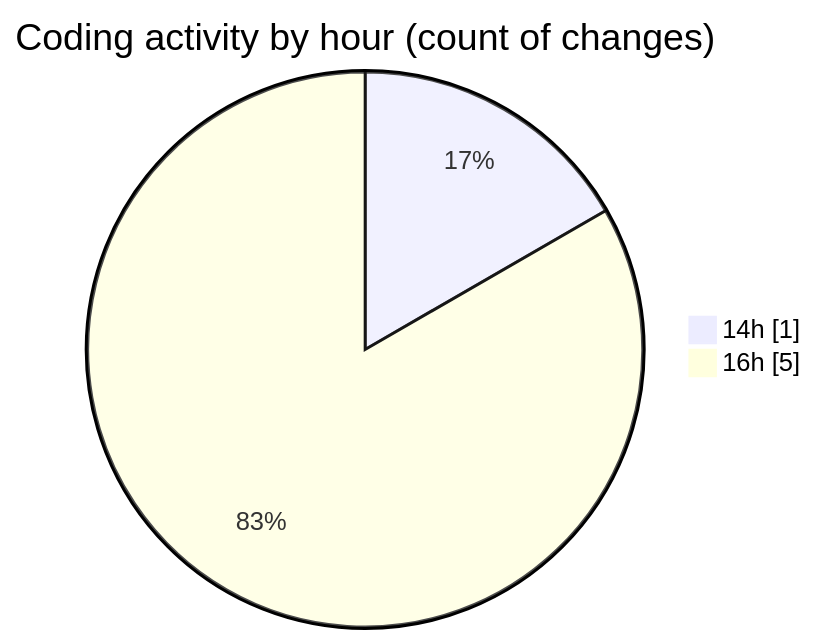
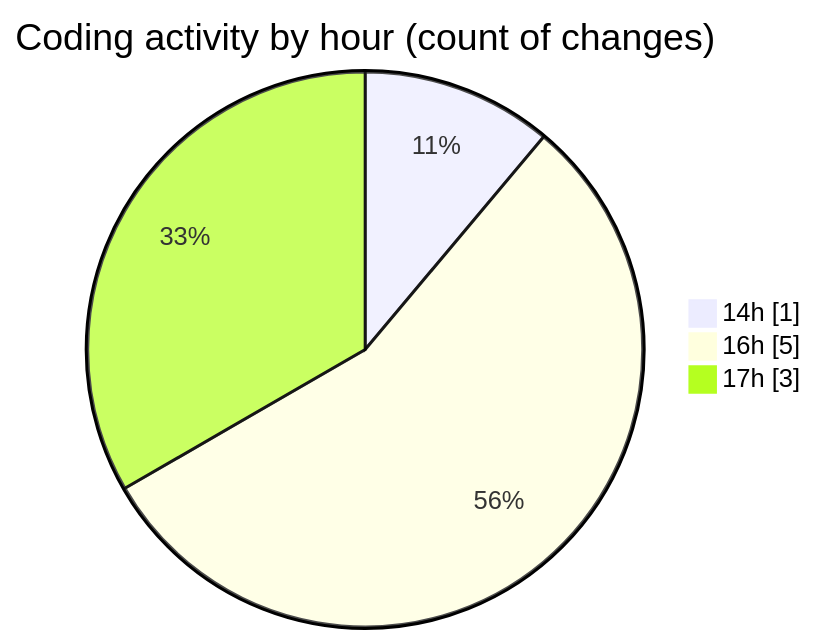
One commit to nxtqubesakshisongat/code-tracking changed the second of 2 diagrams in 2026-07-15/nxtqube_webapp/README.md. Above: the diagram before and after it, drawn with Mermaid. The commit also changed other lines of this file and 1 other file, not shown here.

````diff
--- a/2026-07-15/nxtqube_webapp/README.md
+++ b/2026-07-15/nxtqube_webapp/README.md
@@ -28,6 +29,7 @@
 ```mermaid
 pie showData
 title Coding activity by hour (count of changes)
 "14h" : 1
 "16h" : 5
+"17h" : 3
 ```
````
